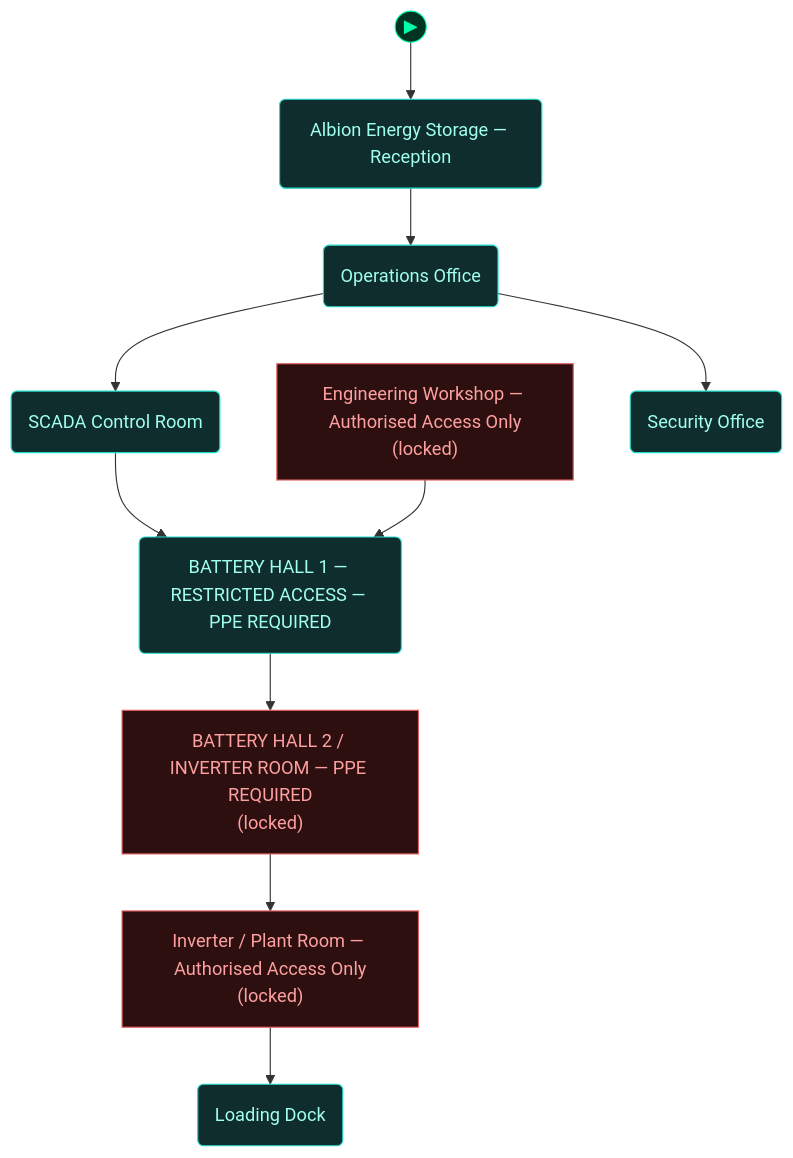
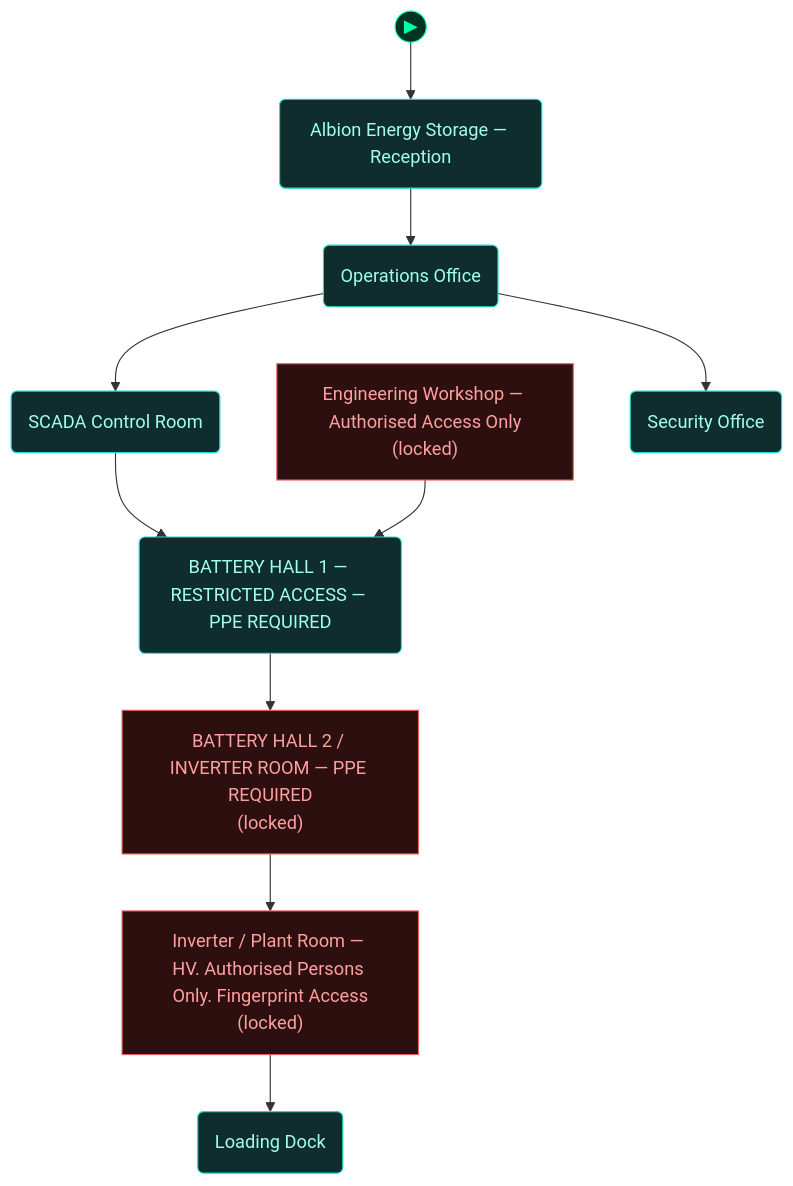
One commit to cliffe/BreakEscape changed the fourth of 5 diagrams in scenarios/m04_critical_failure/dungeon_graph.md. Above: the diagram before and after it, drawn with Mermaid. The commit also changed other lines of this file and 48 other files, not shown here.

````diff
--- a/scenarios/m04_critical_failure/dungeon_graph.md
+++ b/scenarios/m04_critical_failure/dungeon_graph.md
@@ -339,44 +372,44 @@
 ```mermaid
 flowchart TD
 
   classDef room      fill:#0f2d2d,stroke:#22ddcc,color:#a0ffee
   classDef lock      fill:#2d0f0f,stroke:#e66060,color:#ffa0a0
   classDef key       fill:#2d0812,stroke:#e66060,color:#ffa0a0
   classDef item      fill:#2d1200,stroke:#e89030,color:#ffcc80
   classDef gate      fill:#111,stroke:#666,color:#eee
   classDef vm        fill:#0c1f40,stroke:#4a90d9,color:#a0c8ff
   classDef flag      fill:#1a0c2d,stroke:#9060d0,color:#cc99ff
   classDef action    fill:#1a1200,stroke:#cc9922,color:#ffee88
   classDef aim       fill:#0d2a0d,stroke:#44cc44,color:#88ff88
   classDef aim_gate  fill:#111111,stroke:#44cc44,color:#44cc44
   classDef container fill:#1a2d1a,stroke:#60b060,color:#a0e0a0
   classDef npc       fill:#2d1f0d,stroke:#d0a050,color:#ffe0a0
   classDef critical  fill:#2a1500,stroke:#ffaa00,color:#ffdd88
   classDef start     fill:#003322,stroke:#00ffaa,color:#00ffaa
 
   node_start(("▶"))
   node_start --> main_entrance
 
   main_entrance("Albion Energy Storage — Reception")
   operations_office("Operations Office")
   scada_control_room("SCADA Control Room")
   engineering_workshop["Engineering Workshop — Authorised Access Only<br/>(locked)"]
   security_office("Security Office")
   battery_hall_1("BATTERY HALL 1 — RESTRICTED ACCESS — PPE REQUIRED")
   battery_hall_2["BATTERY HALL 2 / INVERTER ROOM — PPE REQUIRED<br/>(locked)"]
-  plant_room["Inverter / Plant Room — Authorised Access Only<br/>(locked)"]
+  plant_room["Inverter / Plant Room — HV. Authorised Persons Only. Fingerprint Access<br/>(locked)"]
   loading_dock("Loading Dock")
 
   main_entrance --> operations_office
   operations_office --> scada_control_room
   operations_office --> security_office
   scada_control_room --> battery_hall_1
   engineering_workshop --> battery_hall_1
   battery_hall_1 --> battery_hall_2
   battery_hall_2 --> plant_room
   plant_room --> loading_dock
 
   class main_entrance,operations_office,scada_control_room,security_office,battery_hall_1,loading_dock room
   class engineering_workshop,battery_hall_2,plant_room lock
   class node_start start
 ```
````
